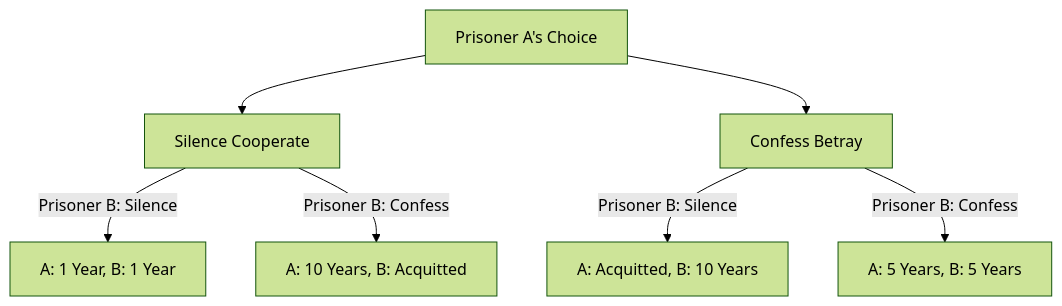
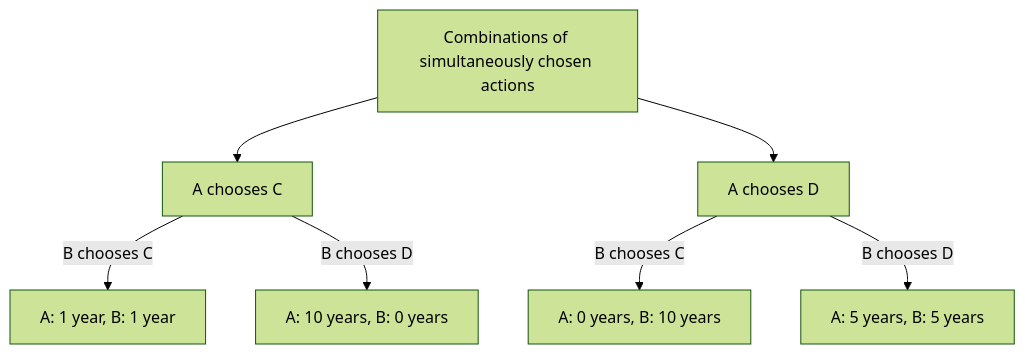
Before and after one commit to kenjinote/blog: the first of 2 diagrams in content/post/paradox-prisoners-dilemma/index.en.md, drawn with Mermaid (forest theme). The commit also changed other lines of this file and 16 other files, not shown here.

````diff
--- a/content/post/paradox-prisoners-dilemma/index.en.md
+++ b/content/post/paradox-prisoners-dilemma/index.en.md
@@ -38,12 +35,9 @@
 ```mermaid
 graph TD
-    A["Prisoner A's Choice"]
-    B["Silence Cooperate"]
-    C["Confess Betray"]
-    A --> B
-    A --> C
-    B -- "Prisoner B: Silence" --> D["A: 1 Year, B: 1 Year"]
-    B -- "Prisoner B: Confess" --> E["A: 10 Years, B: Acquitted"]
-    C -- "Prisoner B: Silence" --> F["A: Acquitted, B: 10 Years"]
-    C -- "Prisoner B: Confess" --> G["A: 5 Years, B: 5 Years"]
+    Start["Combinations of simultaneously chosen actions"] --> AC["A chooses C"]
+    Start --> AD["A chooses D"]
+    AC -->|"B chooses C"| CC["A: 1 year, B: 1 year"]
+    AC -->|"B chooses D"| CD["A: 10 years, B: 0 years"]
+    AD -->|"B chooses C"| DC["A: 0 years, B: 10 years"]
+    AD -->|"B chooses D"| DD["A: 5 years, B: 5 years"]
 ```
````
